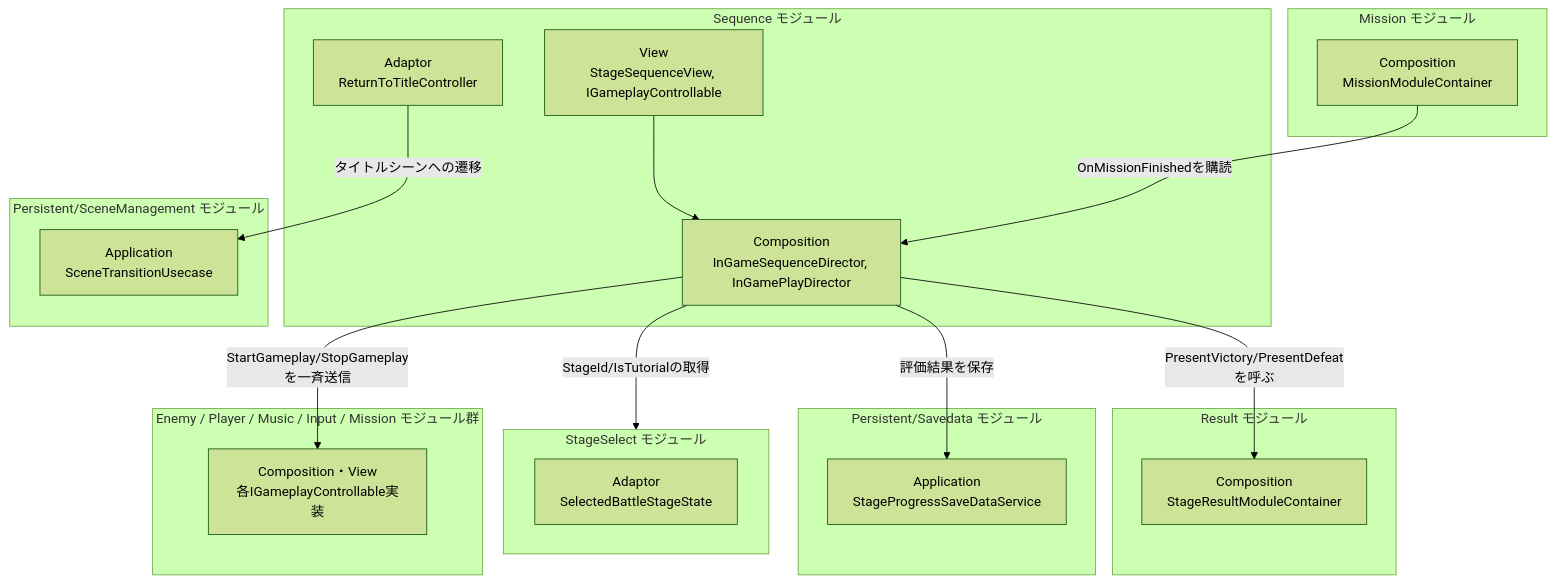
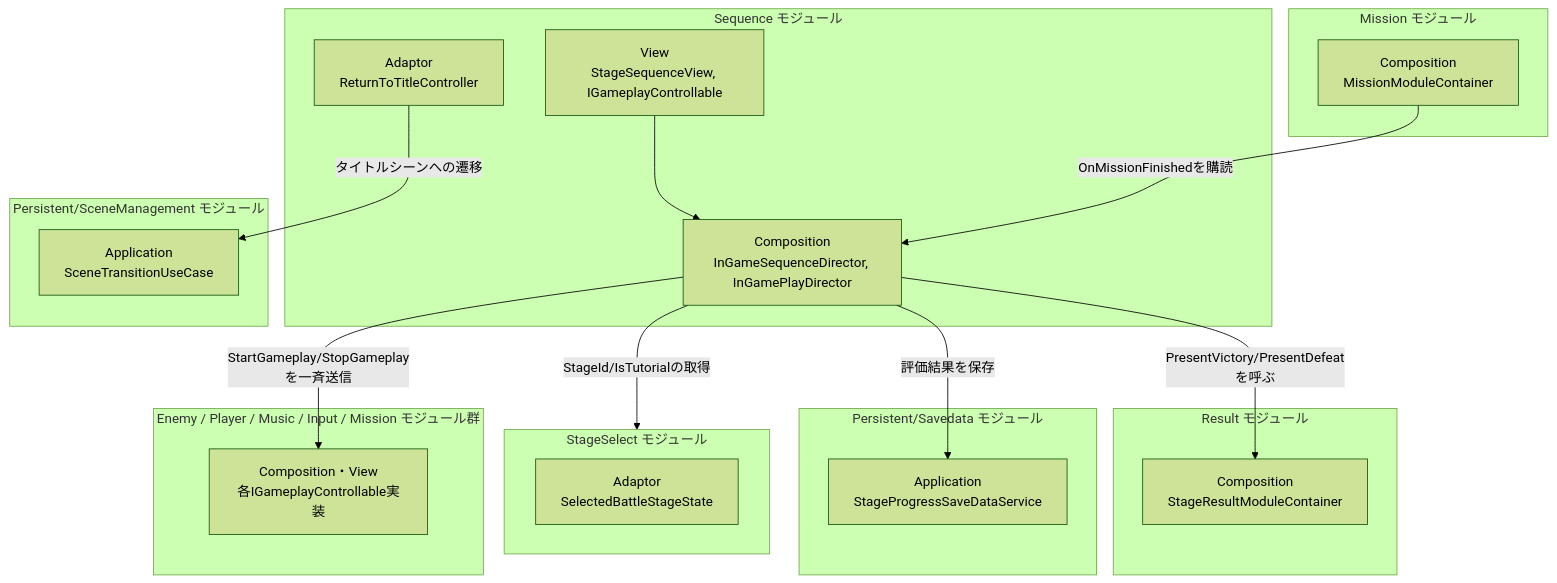
The first of 4 diagrams in Assets/Docs/ScriptsDocs/Modules/NotionModuleDocs/Sequence.md (HIBIKI5201/SymphonyKillChord), drawn with Mermaid (forest theme) before and after one commit. The commit also changed other lines of this file and 89 other files, not shown here.

````diff
--- a/Assets/Docs/ScriptsDocs/Modules/NotionModuleDocs/Sequence.md
+++ b/Assets/Docs/ScriptsDocs/Modules/NotionModuleDocs/Sequence.md
@@ -45,42 +45,42 @@
 ```mermaid
 graph TD
     %% 定義 (接続のないレイヤーは省略)
     subgraph SequenceModule [Sequence モジュール]
         SQ_Adaptor["Adaptor<br>ReturnToTitleController"]
         SQ_View["View<br>StageSequenceView, IGameplayControllable"]
         SQ_Composition["Composition<br>InGameSequenceDirector, InGamePlayDirector"]
         SQ_View --> SQ_Composition
     end
 
     subgraph MissionModule [Mission モジュール]
         MS_Composition["Composition<br>MissionModuleContainer"]
     end
 
     subgraph ResultModule [Result モジュール]
         R_Composition["Composition<br>StageResultModuleContainer"]
     end
 
     subgraph SavedataModule [Persistent/Savedata モジュール]
         SD_App["Application<br>StageProgressSaveDataService"]
     end
 
     subgraph StageSelectModule [StageSelect モジュール]
         SS_Adaptor["Adaptor<br>SelectedBattleStageState"]
     end
 
     subgraph SceneManagementModule [Persistent/SceneManagement モジュール]
-        SM_App["Application<br>SceneTransitionUsecase"]
+        SM_App["Application<br>SceneTransitionUseCase"]
     end
 
     subgraph OtherGameplayModules [Enemy / Player / Music / Input / Mission モジュール群]
         OG_Various["Composition・View<br>各IGameplayControllable実装"]
     end
 
     %% 依存関係
     MS_Composition -->|"OnMissionFinishedを購読"| SQ_Composition
     SQ_Composition -->|"評価結果を保存"| SD_App
     SQ_Composition -->|"StageId/IsTutorialの取得"| StageSelectModule
     SQ_Composition -->|"PresentVictory/PresentDefeatを呼ぶ"| R_Composition
     SQ_Composition -->|"StartGameplay/StopGameplayを一斉送信"| OG_Various
     SQ_Adaptor -->|"タイトルシーンへの遷移"| SM_App
 ```
````
